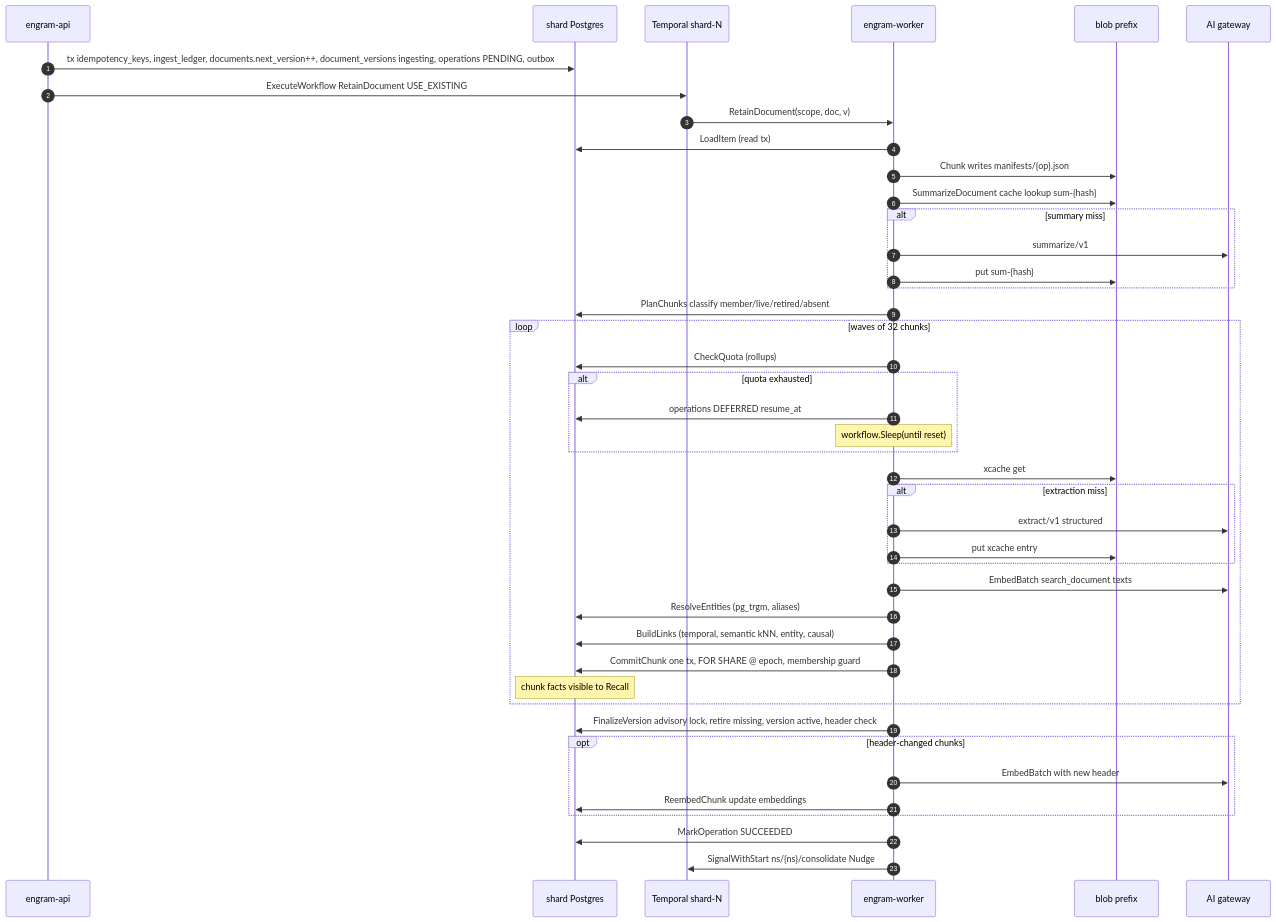
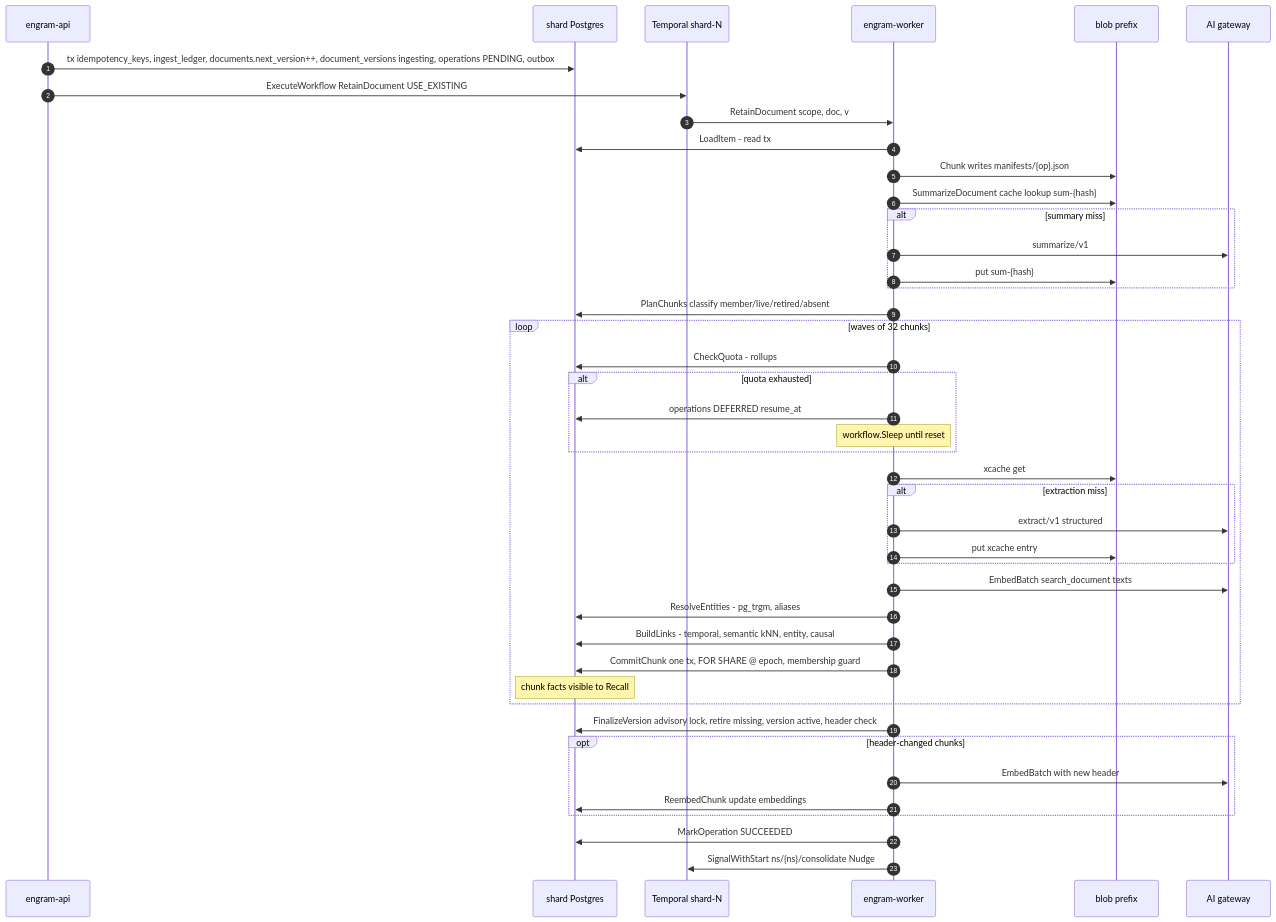
The first of 6 diagrams in plans/engram/sections/05-pipelines.md (gstamatakis95/agent-memory-benchmark), drawn with Mermaid before and after one commit. The commit also changed other lines of this file and 20 other files, not shown here.

````diff
--- a/plans/engram/sections/05-pipelines.md
+++ b/plans/engram/sections/05-pipelines.md
@@ -364,45 +367,45 @@
 ```mermaid
 sequenceDiagram
   autonumber
   participant API as engram-api
   participant DB as shard Postgres
   participant T as Temporal shard-N
   participant W as engram-worker
   participant B as blob prefix
   participant G as AI gateway
   API->>DB: tx idempotency_keys, ingest_ledger, documents.next_version++, document_versions ingesting, operations PENDING, outbox
   API->>T: ExecuteWorkflow RetainDocument USE_EXISTING
-  T->>W: RetainDocument(scope, doc, v)
-  W->>DB: LoadItem (read tx)
+ T->>W: RetainDocument scope, doc, v
+ W->>DB: LoadItem - read tx
   W->>B: Chunk writes manifests/{op}.json
   W->>B: SummarizeDocument cache lookup sum-{hash}
   alt summary miss
     W->>G: summarize/v1
     W->>B: put sum-{hash}
   end
   W->>DB: PlanChunks classify member/live/retired/absent
   loop waves of 32 chunks
-    W->>DB: CheckQuota (rollups)
+ W->>DB: CheckQuota - rollups
     alt quota exhausted
       W->>DB: operations DEFERRED resume_at
-      Note over W: workflow.Sleep(until reset)
+ Note over W: workflow.Sleep until reset
     end
     W->>B: xcache get
     alt extraction miss
       W->>G: extract/v1 structured
       W->>B: put xcache entry
     end
     W->>G: EmbedBatch search_document texts
-    W->>DB: ResolveEntities (pg_trgm, aliases)
-    W->>DB: BuildLinks (temporal, semantic kNN, entity, causal)
+ W->>DB: ResolveEntities - pg_trgm, aliases
+ W->>DB: BuildLinks - temporal, semantic kNN, entity, causal
     W->>DB: CommitChunk one tx, FOR SHARE @ epoch, membership guard
     Note over DB: chunk facts visible to Recall
   end
   W->>DB: FinalizeVersion advisory lock, retire missing, version active, header check
   opt header-changed chunks
     W->>G: EmbedBatch with new header
     W->>DB: ReembedChunk update embeddings
   end
   W->>DB: MarkOperation SUCCEEDED
   W->>T: SignalWithStart ns/{ns}/consolidate Nudge
 ```
````
